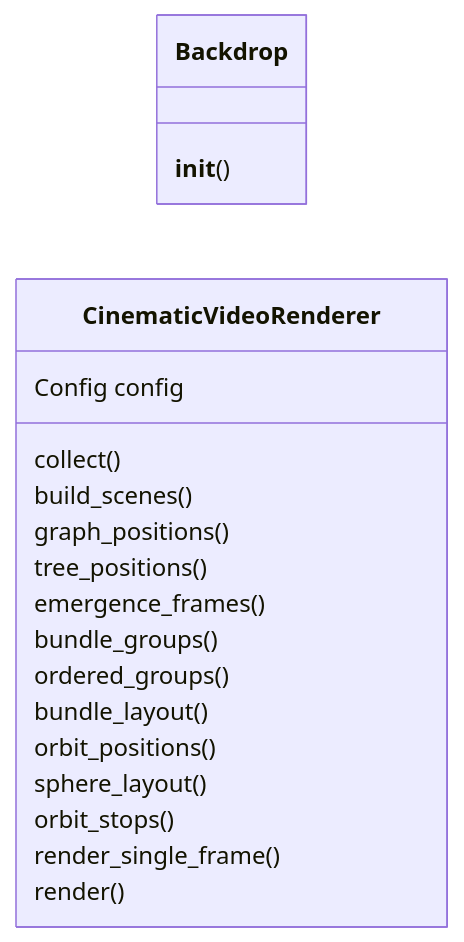
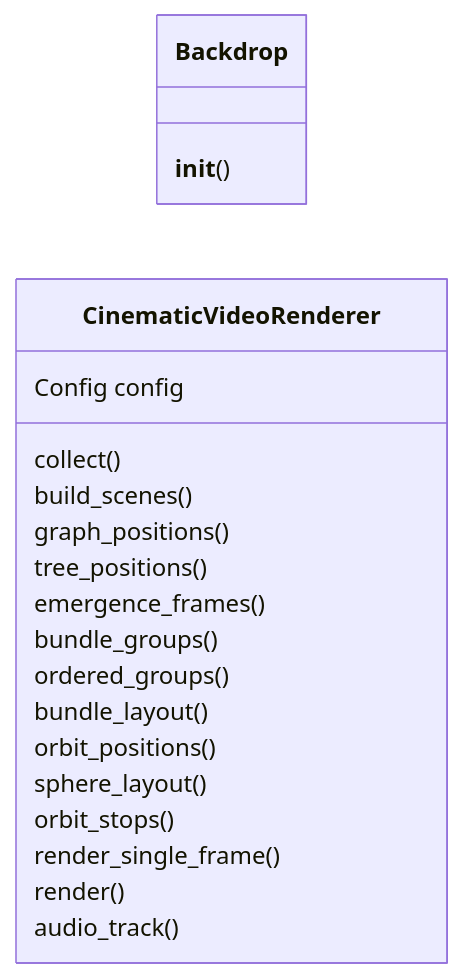
The first of 2 diagrams in readmenator-apidocs/modules/readmenator._video.py.md (grisuno/ReadMenator), drawn with Mermaid before and after one commit. The commit also changed other lines of this file and 203 other files, not shown here.

````diff
--- a/readmenator-apidocs/modules/readmenator._video.py.md
+++ b/readmenator-apidocs/modules/readmenator._video.py.md
@@ -27,21 +27,22 @@
 ```mermaid
 classDiagram
     direction LR
     class Backdrop
     Backdrop : __init__()
     class CinematicVideoRenderer
     CinematicVideoRenderer : Config config
     CinematicVideoRenderer : collect()
     CinematicVideoRenderer : build_scenes()
     CinematicVideoRenderer : graph_positions()
     CinematicVideoRenderer : tree_positions()
     CinematicVideoRenderer : emergence_frames()
     CinematicVideoRenderer : bundle_groups()
     CinematicVideoRenderer : ordered_groups()
     CinematicVideoRenderer : bundle_layout()
     CinematicVideoRenderer : orbit_positions()
     CinematicVideoRenderer : sphere_layout()
     CinematicVideoRenderer : orbit_stops()
     CinematicVideoRenderer : render_single_frame()
     CinematicVideoRenderer : render()
+    CinematicVideoRenderer : audio_track()
 ```
````
